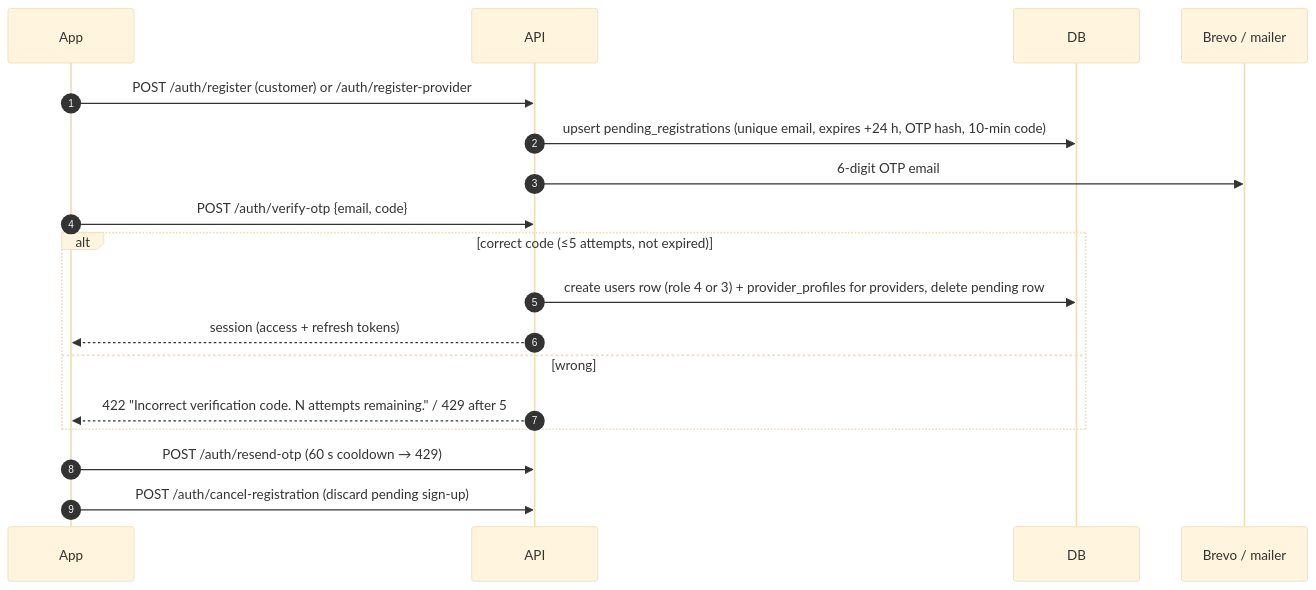
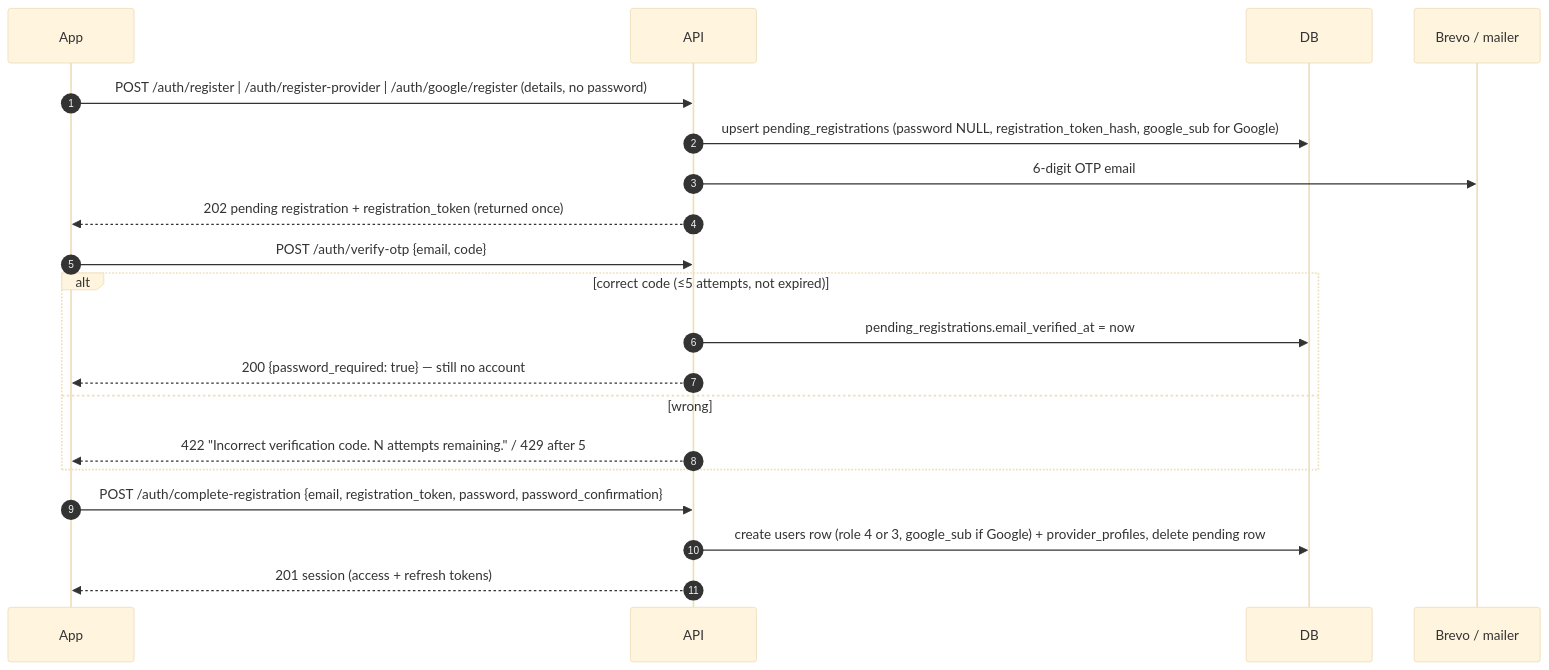
Before and after one commit to EarlCao/skillserve-web-root: the diagram in SkillServe-Vault/02 - Domain & Business Logic/Registration and OTP Flow.md, drawn with Mermaid (base theme). The commit also changed other lines of this file and 24 other files, not shown here.

First line of the commit message:
docs: password after the sign-up code, Google needs the password, readable mobile

````diff
--- a/SkillServe-Vault/02 - Domain & Business Logic/Registration and OTP Flow.md
+++ b/SkillServe-Vault/02 - Domain & Business Logic/Registration and OTP Flow.md
@@ -10,20 +13,22 @@
 ```mermaid
 sequenceDiagram
   autonumber
   participant App
   participant API
   participant DB
   participant Mail as Brevo / mailer
-  App->>API: POST /auth/register (customer) or /auth/register-provider
-  API->>DB: upsert pending_registrations (unique email, expires +24 h, OTP hash, 10-min code)
+  App->>API: POST /auth/register | /auth/register-provider | /auth/google/register (details, no password)
+  API->>DB: upsert pending_registrations (password NULL, registration_token_hash, google_sub for Google)
   API->>Mail: 6-digit OTP email
+  API-->>App: 202 pending registration + registration_token (returned once)
   App->>API: POST /auth/verify-otp {email, code}
   alt correct code (≤5 attempts, not expired)
-    API->>DB: create users row (role 4 or 3) + provider_profiles for providers, delete pending row
-    API-->>App: session (access + refresh tokens)
+    API->>DB: pending_registrations.email_verified_at = now
+    API-->>App: 200 {password_required: true} — still no account
   else wrong
     API-->>App: 422 "Incorrect verification code. N attempts remaining." / 429 after 5
   end
-  App->>API: POST /auth/resend-otp (60 s cooldown → 429)
-  App->>API: POST /auth/cancel-registration (discard pending sign-up)
+  App->>API: POST /auth/complete-registration {email, registration_token, password, password_confirmation}
+  API->>DB: create users row (role 4 or 3, google_sub if Google) + provider_profiles, delete pending row
+  API-->>App: 201 session (access + refresh tokens)
 ```
````
